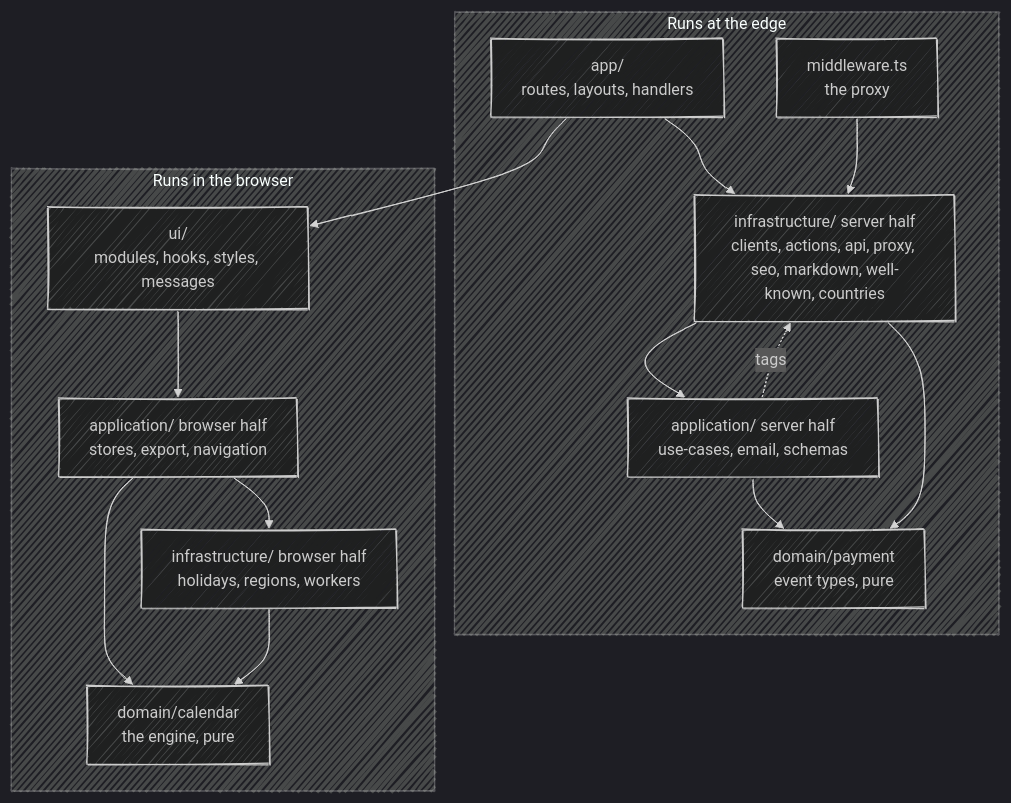
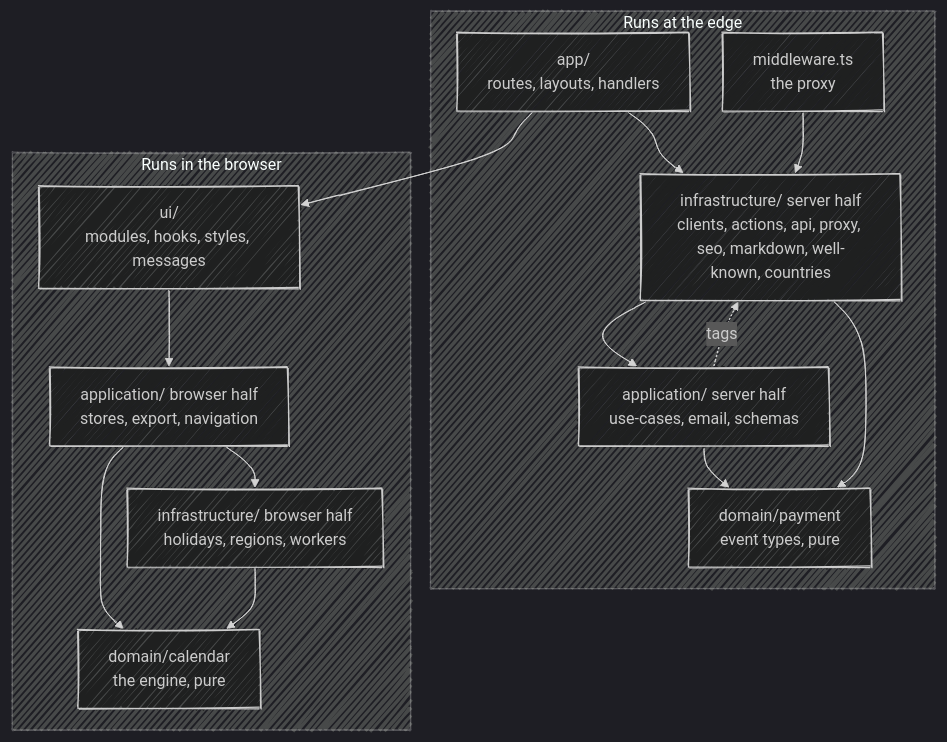
One commit to fbuireu/forever-pto changed the diagram in apps/docs/src/content/docs/architecture/layers.mdx. Above: the diagram before and after it, drawn with Mermaid (dark theme). The commit also changed 26 other files, not shown here.

First line of the commit message:
docs(diagrams): fix split words, overlaps and oversized Mermaid diagrams

````diff
--- a/apps/docs/src/content/docs/architecture/layers.mdx
+++ b/apps/docs/src/content/docs/architecture/layers.mdx
@@ -10,28 +10,31 @@
 ```mermaid
 ---
 config:
   look: handDrawn
   layout: dagre
+  flowchart:
+    nodeSpacing: 30
+    rankSpacing: 40
 ---
 flowchart TB
   subgraph edge [Runs at the edge]
     APP["app/<br/>routes, layouts, handlers"]
     MW["middleware.ts<br/>the proxy"]
     INFS["infrastructure/ server half<br/>clients, actions, api, proxy, seo, markdown, well-known, countries"]
     APPS["application/ server half<br/>use-cases, email, schemas"]
     DP["domain/payment<br/>event types, pure"]
   end
   subgraph browser [Runs in the browser]
     UI["ui/<br/>modules, hooks, styles, messages"]
     APPB["application/ browser half<br/>stores, export, navigation"]
     INFB["infrastructure/ browser half<br/>holidays, regions, workers"]
     DC["domain/calendar<br/>the engine, pure"]
   end
   APP --> UI & INFS
   MW --> INFS
   INFS --> APPS --> DP
   INFS --> DP
   UI --> APPB --> DC
   APPB --> INFB --> DC
   APPS -. tags .-> INFS
 ```
````
